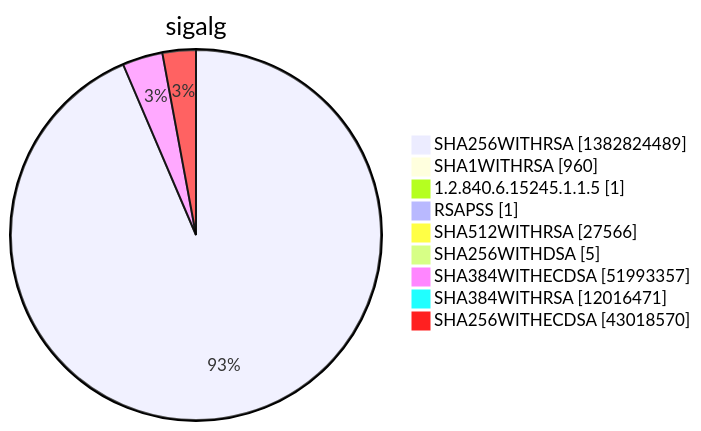
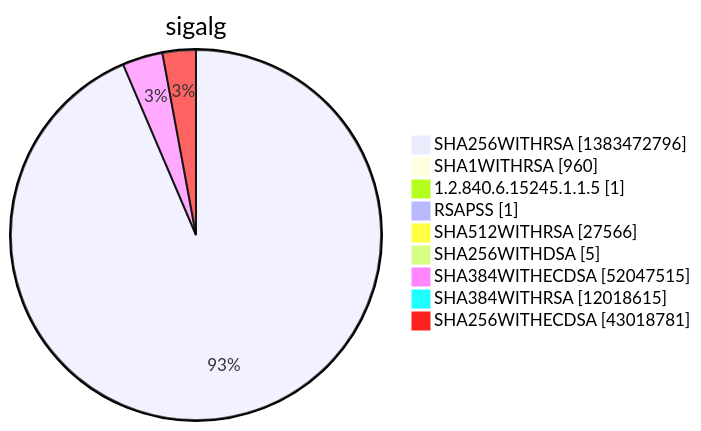
Diagram 15 of 15 in argon2022/README.md (christiankrug/ctmonitor_visualization), drawn with Mermaid before and after one commit. The commit also changed other lines of this file, not shown here.

````diff
--- a/argon2022/README.md
+++ b/argon2022/README.md
@@ -5524,13 +5524,13 @@
 ```mermaid
 pie showData
 title sigalg
-"SHA256WITHRSA" :1382824489
+"SHA256WITHRSA" :1383472796
 "SHA1WITHRSA" :960
 "1.2.840.6.15245.1.1.5" :1
 "RSAPSS" :1
 "SHA512WITHRSA" :27566
 "SHA256WITHDSA" :5
-"SHA384WITHECDSA" :51993357
-"SHA384WITHRSA" :12016471
-"SHA256WITHECDSA" :43018570
+"SHA384WITHECDSA" :52047515
+"SHA384WITHRSA" :12018615
+"SHA256WITHECDSA" :43018781
 ```
````
